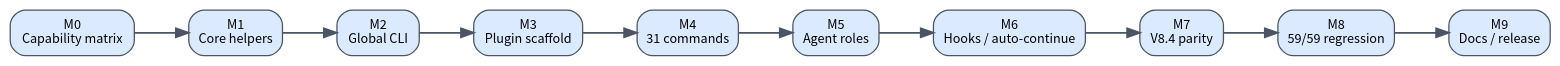
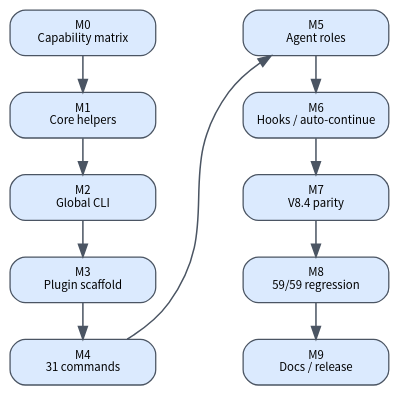
One commit to HypoxanthineOvO/hypo-workflow changed the diagram in docs/showcase/c2-report/figures/v9-timeline.dot. Above: the diagram before and after it, drawn with Graphviz. The commit also changed 191 other files, not shown here.

```diff
--- a/docs/showcase/c2-report/figures/v9-timeline.dot
+++ b/docs/showcase/c2-report/figures/v9-timeline.dot
@@ -1,16 +1,24 @@
 digraph V9Timeline {
-  graph [rankdir=LR, bgcolor="transparent", nodesep=0.35, ranksep=0.6];
-  node [shape=box, style="rounded,filled", color="#4b5563", fillcolor="#dbeafe", fontname="Noto Sans CJK SC", fontsize=10];
-  edge [color="#4b5563", penwidth=1.4];
+  graph [rankdir=TB, bgcolor="transparent", nodesep=0.3, ranksep=0.4];
+  node [shape=box, style="rounded,filled", color="#4b5563", fillcolor="#dbeafe", fontname="Noto Sans CJK SC", fontsize=9, width=1.6];
+  edge [color="#4b5563", penwidth=1.2];
+
+  // Row 1: M0-M4
   M0 [label="M0\nCapability matrix"];
   M1 [label="M1\nCore helpers"];
   M2 [label="M2\nGlobal CLI"];
   M3 [label="M3\nPlugin scaffold"];
   M4 [label="M4\n31 commands"];
+  M0 -> M1 -> M2 -> M3 -> M4;
+
+  // Row 2: M5-M9
   M5 [label="M5\nAgent roles"];
   M6 [label="M6\nHooks / auto-continue"];
   M7 [label="M7\nV8.4 parity"];
   M8 [label="M8\n59/59 regression"];
   M9 [label="M9\nDocs / release"];
-  M0 -> M1 -> M2 -> M3 -> M4 -> M5 -> M6 -> M7 -> M8 -> M9;
+  M5 -> M6 -> M7 -> M8 -> M9;
+
+  // Connect rows
+  M4 -> M5 [constraint=false];
 }
```
